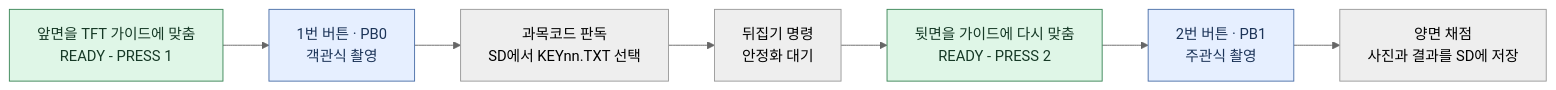
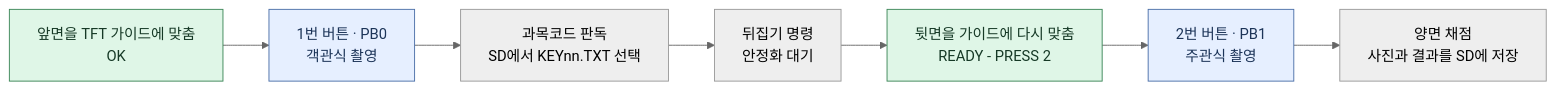
The diagram in README.md (yumyum1215/26SoC_Term_Project_OMR_Reader), drawn with Mermaid (neutral theme) before and after one commit. The commit also changed other lines of this file and 4 other files, not shown here.

````diff
--- a/README.md
+++ b/README.md
@@ -7,15 +7,15 @@
 ```mermaid
 flowchart LR
-    A["앞면을 TFT 가이드에 맞춤<br/>READY - PRESS 1"]
+    A["앞면을 TFT 가이드에 맞춤<br/>OK"]
     B["1번 버튼 · PB0<br/>객관식 촬영"]
     K["과목코드 판독<br/>SD에서 KEYnn.TXT 선택"]
     C["뒤집기 명령<br/>안정화 대기"]
     D["뒷면을 가이드에 다시 맞춤<br/>READY - PRESS 2"]
     E["2번 버튼 · PB1<br/>주관식 촬영"]
     F["양면 채점<br/>사진과 결과를 SD에 저장"]
     A --> B --> K --> C --> D --> E --> F
     classDef ready fill:#dff6e7,stroke:#3b8557,color:#163926
     classDef capture fill:#e6efff,stroke:#4b6fa8,color:#1c3458
     class A,D ready
     class B,E capture
 ```
````
